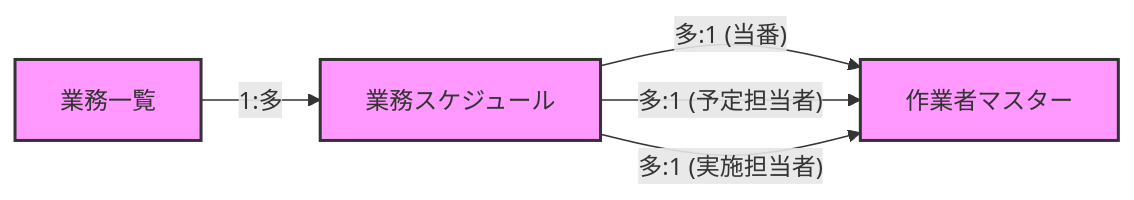
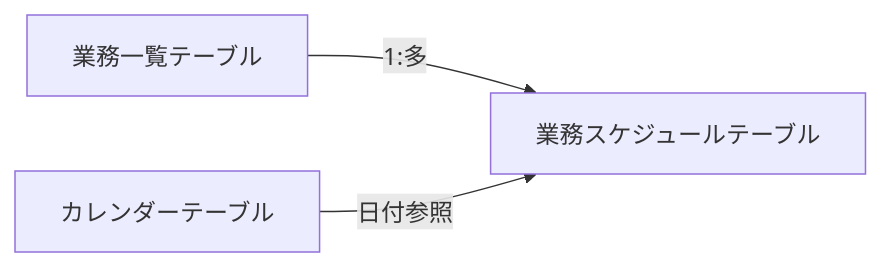
The first of 20 diagrams in README.md (mkuwan/TaskManaging), drawn with Mermaid before and after one commit. The commit also changed other lines of this file and 10 other files, not shown here.

````diff
--- a/README.md
+++ b/README.md
@@ -231,14 +106,11 @@
 ```mermaid
 graph LR
-    業務一覧["業務一覧"]
-    業務スケジュール["業務スケジュール"]
-    作業者マスター["作業者マスター"]
+    業務一覧["業務一覧テーブル"]
+    業務スケジュール["業務スケジュールテーブル"]
+    カレンダー["カレンダーテーブル"]
 
     業務一覧 -->|"1:多"| 業務スケジュール
-    業務スケジュール -->|"多:1 (当番)"| 作業者マスター
-    業務スケジュール -->|"多:1 (予定担当者)"| 作業者マスター
-    業務スケジュール -->|"多:1 (実施担当者)"| 作業者マスター
+    カレンダー -->|"日付参照"| 業務スケジュール
 
-    classDef table fill:#f9f,stroke:#333,stroke-width:2px;
-    class 業務一覧,業務スケジュール,作業者マスター table;
+    class 業務一覧,業務スケジュール,カレンダー table;
 ```
````
